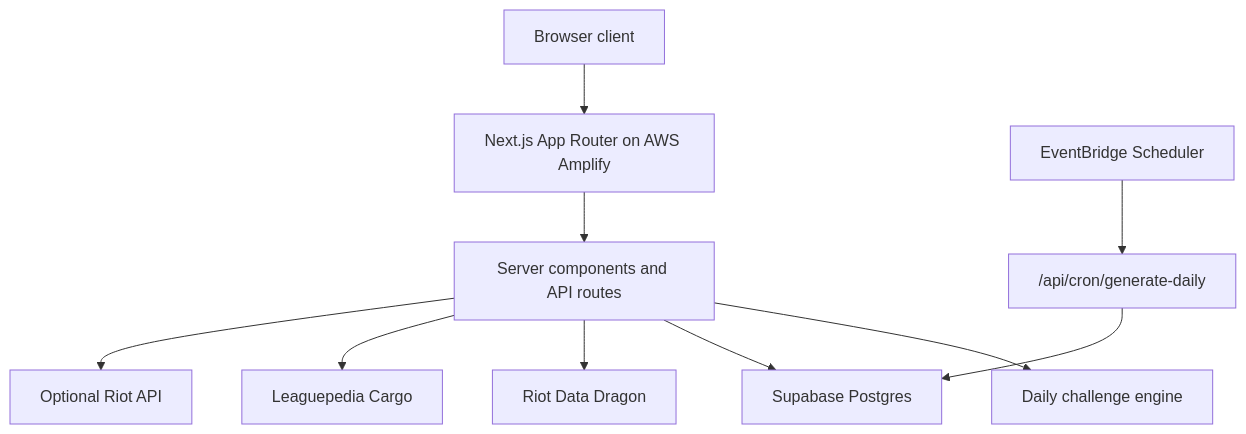
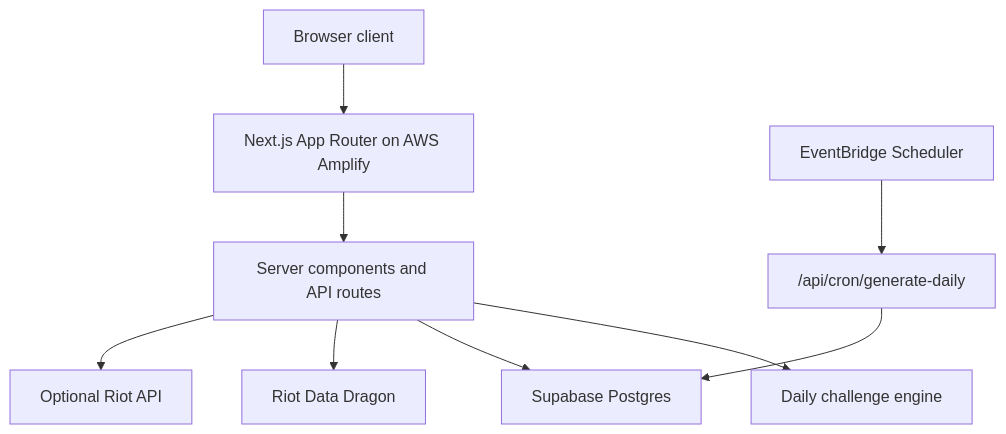
One commit to nguyenttleo/RiftDaily changed the diagram in docs/ARCHITECTURE.md. Above: the diagram before and after it, drawn with Mermaid. The commit also changed other lines of this file and 9 other files, not shown here.

````diff
--- a/docs/ARCHITECTURE.md
+++ b/docs/ARCHITECTURE.md
@@ -3,12 +3,11 @@
 ```mermaid
 flowchart TD
   A["Browser client"] --> B["Next.js App Router on AWS Amplify"]
   B --> C["Server components and API routes"]
   C --> D["Daily challenge engine"]
   C --> E["Supabase Postgres"]
   C --> F["Riot Data Dragon"]
-  C --> G["Leaguepedia Cargo"]
-  C --> H["Optional Riot API"]
+  C --> G["Optional Riot API"]
   I["EventBridge Scheduler"] --> J["/api/cron/generate-daily"]
   J --> E
 ```
````
